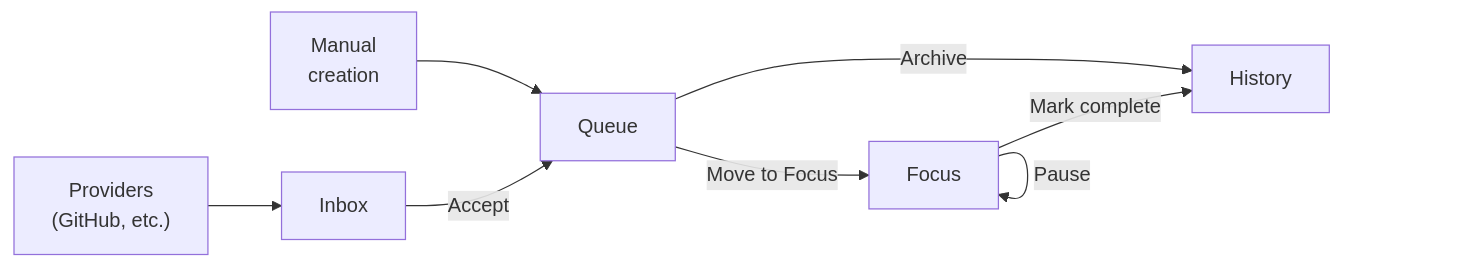
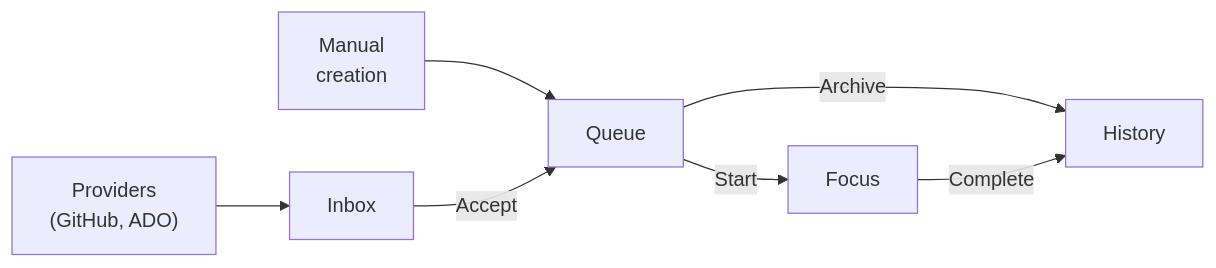
One commit to devdocket/devdocket changed the diagram in README.md. Above: the diagram before and after it, drawn with Mermaid. The commit also changed other lines of this file and 2 other files, not shown here.

First line of the commit message:
docs: refresh README with build-from-source install, move config details to UX guide

````diff
--- a/README.md
+++ b/README.md
@@ -92,10 +23,9 @@
 ```mermaid
 flowchart LR
-    P["Providers\n(GitHub, etc.)"] --> Inbox
+    P["Providers\n(GitHub, ADO)"] --> Inbox
     M["Manual\ncreation"] --> Queue
     Inbox -- Accept --> Queue
-    Queue -- Move to Focus --> Focus
+    Queue -- Start --> Focus
     Queue -- Archive --> History
-    Focus -- Pause --> Focus
-    Focus -- Mark complete --> History
+    Focus -- Complete --> History
 ```
````
